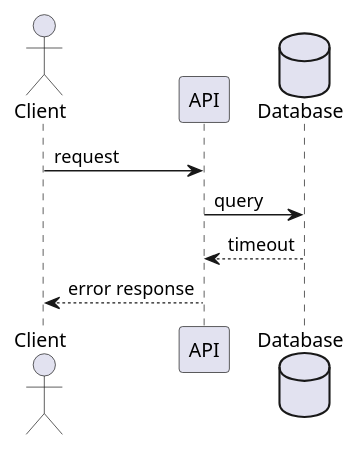
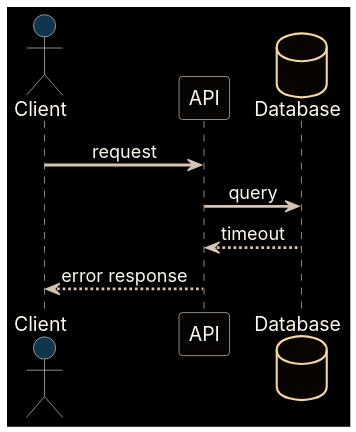
The first of 8 diagrams in .agents/skills/plantuml-diagram/references/examples.md (Omegapy/plantuml-ai-skill), drawn with PlantUML before and after one commit. The commit also changed other lines of this file and 25 other files, not shown here.

Commit message:
Harden AEther PlantUML render palette

````diff
--- a/.agents/skills/plantuml-diagram/references/examples.md
+++ b/.agents/skills/plantuml-diagram/references/examples.md
@@ -5,11 +5,32 @@
 ```plantuml
 @startuml
+skinparam backgroundColor #000000
+skinparam shadowing false
+skinparam defaultFontName Inter
+skinparam defaultFontColor #fff8ef
+skinparam ArrowColor #d6c3b4
+skinparam ArrowFontColor #fff8ef
+skinparam ArrowHeadColor #d6c3b4
+skinparam ArrowThickness 2
+skinparam DefaultTextAlignment center
+skinparam ParticipantBackgroundColor #050403
+skinparam ParticipantBorderColor #d6c3b4
+skinparam ParticipantFontColor #fff8ef
+skinparam ActorBackgroundColor #0f364d
+skinparam ActorBorderColor #d6c3b4
+skinparam ActorFontColor #fff8ef
+skinparam DatabaseBackgroundColor #080401
+skinparam DatabaseBorderColor #f4d6a1
+skinparam DatabaseFontColor #fff8ef
+skinparam SequenceLifeLineBorderColor #d6c3b4
+skinparam SequenceLifeLineBorderThickness 1
+skinparam SequenceArrowThickness 2
 actor Client
 participant API
 database Database
 Client -> API: request
 API -> Database: query
 Database --> API: timeout
 API --> Client: error response
 @enduml
 ```
````
